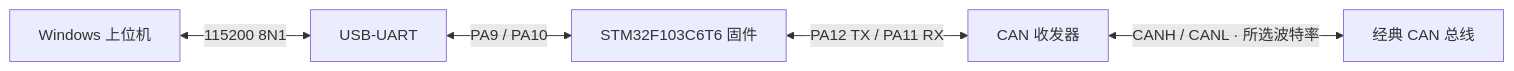
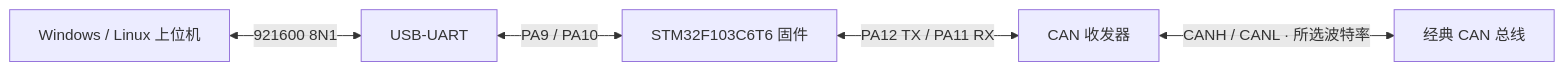
One commit to waibibabowaibiwaibi/stm32f103c6t6_candevice changed the diagram in README.md. Above: the diagram before and after it, drawn with Mermaid. The commit also changed other lines of this file and 29 other files, not shown here.

````diff
--- a/README.md
+++ b/README.md
@@ -90,7 +101,7 @@
 ```mermaid
 flowchart LR
-    PC[Windows 上位机] <-->|115200 8N1| UART[USB-UART]
+    PC[Windows / Linux 上位机] <-->|921600 8N1| UART[USB-UART]
     UART <-->|PA9 / PA10| MCU[STM32F103C6T6 固件]
     MCU <-->|PA12 TX / PA11 RX| PHY[CAN 收发器]
     PHY <-->|CANH / CANL · 所选波特率| BUS[经典 CAN 总线]
 ```
````
